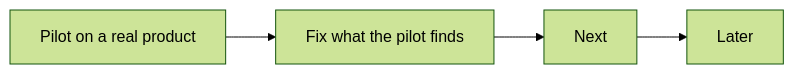
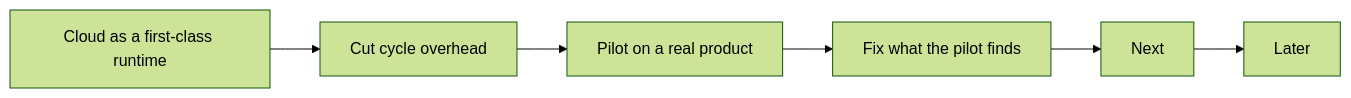
The diagram in docs/roadmap.md (dmitriywind/agentic-sdlc), drawn with Mermaid (forest theme) before and after one commit. The commit also changed other lines of this file and 12 other files, not shown here.

Commit message:
Remove audits, changelog and history text; roadmap: cloud as a first-class runtime

````diff
--- a/docs/roadmap.md
+++ b/docs/roadmap.md
@@ -6,6 +6,6 @@
 ```mermaid
 flowchart LR
-  N1["Pilot on a real product"] --> N2["Fix what the pilot finds"]
+  C["Cloud as a first-class runtime"] --> O["Cut cycle overhead"] --> N1["Pilot on a real product"] --> N2["Fix what the pilot finds"]
   N2 --> X["Next"]
   X --> L["Later"]
 ```
````
